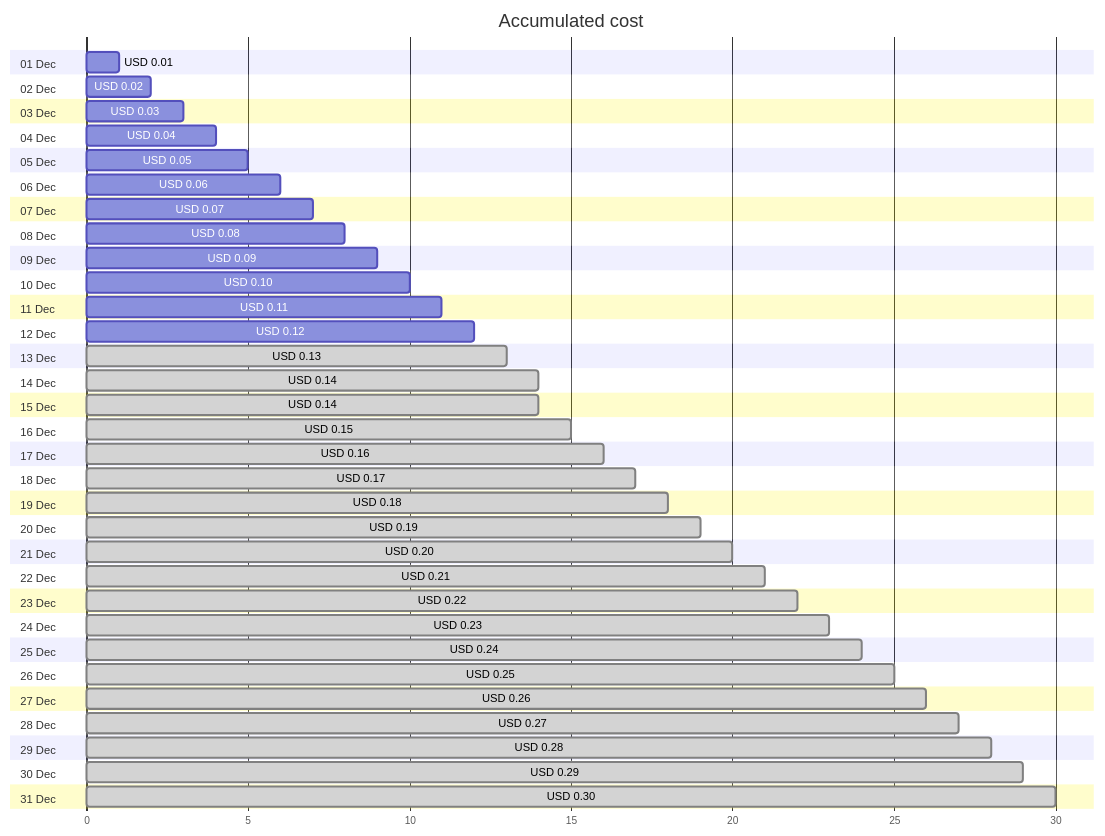
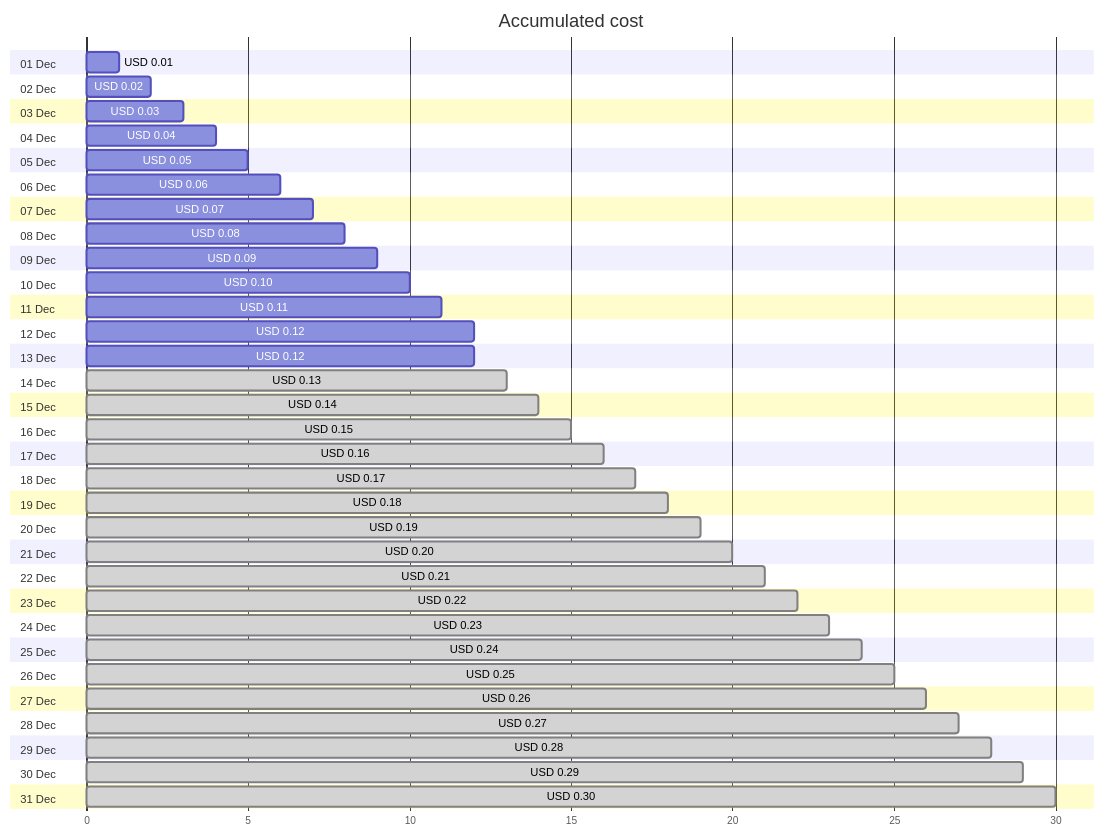
The first of 4 diagrams in cost-reports/cloud-shell-storage-eastus/README.md (jpfulton/azure-personal-reports), drawn with Mermaid before and after one commit. The commit also changed other lines of this file and 1 other file, not shown here.

````diff
--- a/cost-reports/cloud-shell-storage-eastus/README.md
+++ b/cost-reports/cloud-shell-storage-eastus/README.md
@@ -20,68 +20,68 @@
 ```mermaid
 gantt
    title Accumulated cost
    dateFormat  X
    axisFormat %s
    section 01 Dec
    USD 0.01 :0, 1
    section 02 Dec
    USD 0.02 :0, 2
    section 03 Dec
    USD 0.03 :0, 3
    section 04 Dec
    USD 0.04 :0, 4
    section 05 Dec
    USD 0.05 :0, 5
    section 06 Dec
    USD 0.06 :0, 6
    section 07 Dec
    USD 0.07 :0, 7
    section 08 Dec
    USD 0.08 :0, 8
    section 09 Dec
    USD 0.09 :0, 9
    section 10 Dec
    USD 0.10 :0, 10
    section 11 Dec
    USD 0.11 :0, 11
    section 12 Dec
    USD 0.12 :0, 12
    section 13 Dec
+   USD 0.12 :0, 12
+   section 14 Dec
    USD 0.13 : done, 0, 13
-   section 14 Dec
-   USD 0.14 : done, 0, 14
    section 15 Dec
    USD 0.14 : done, 0, 14
    section 16 Dec
    USD 0.15 : done, 0, 15
    section 17 Dec
    USD 0.16 : done, 0, 16
    section 18 Dec
    USD 0.17 : done, 0, 17
    section 19 Dec
    USD 0.18 : done, 0, 18
    section 20 Dec
    USD 0.19 : done, 0, 19
    section 21 Dec
    USD 0.20 : done, 0, 20
    section 22 Dec
    USD 0.21 : done, 0, 21
    section 23 Dec
    USD 0.22 : done, 0, 22
    section 24 Dec
    USD 0.23 : done, 0, 23
    section 25 Dec
    USD 0.24 : done, 0, 24
    section 26 Dec
    USD 0.25 : done, 0, 25
    section 27 Dec
    USD 0.26 : done, 0, 26
    section 28 Dec
    USD 0.27 : done, 0, 27
    section 29 Dec
    USD 0.28 : done, 0, 28
    section 30 Dec
    USD 0.29 : done, 0, 29
    section 31 Dec
    USD 0.30 : done, 0, 30
 ```
````
